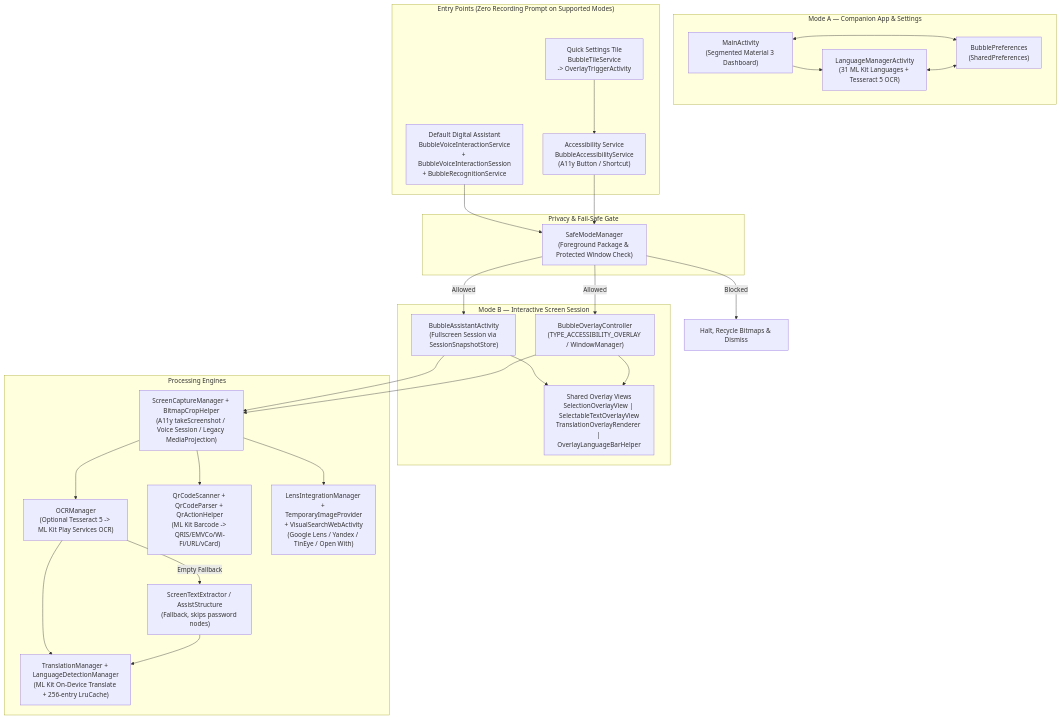
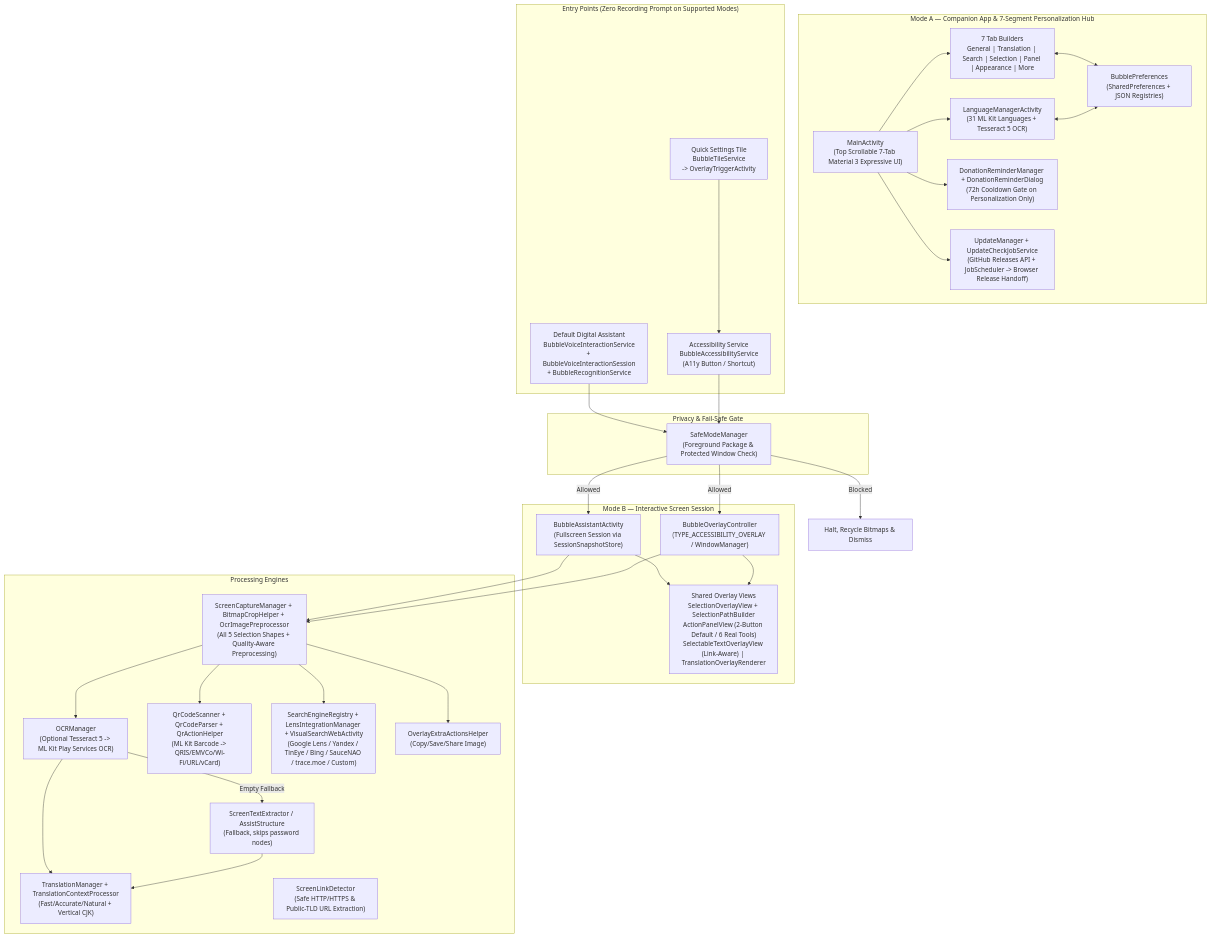
Before and after one commit to AprionoN-Officials/Bubble-Android: the first of 2 diagrams in docs/architecture.md, drawn with Mermaid. The commit also changed other lines of this file and 46 other files, not shown here.

````diff
--- a/docs/architecture.md
+++ b/docs/architecture.md
@@ -11,54 +11,63 @@
 ```mermaid
 flowchart TD
-    subgraph ModeA["Mode A — Companion App & Settings"]
-        MA["MainActivity\n(Segmented Material 3 Dashboard)"]
+    subgraph ModeA["Mode A — Companion App & 7-Segment Personalization Hub"]
+        MA["MainActivity\n(Top Scrollable 7-Tab Material 3 Expressive UI)"]
+        TABS["7 Tab Builders\nGeneral | Translation | Search | Selection | Panel | Appearance | More"]
         LM["LanguageManagerActivity\n(31 ML Kit Languages + Tesseract 5 OCR)"]
-        PREFS["BubblePreferences\n(SharedPreferences)"]
+        DON["DonationReminderManager + DonationReminderDialog\n(72h Cooldown Gate on Personalization Only)"]
+        UPD["UpdateManager + UpdateCheckJobService\n(GitHub Releases API + JobScheduler -> Browser Release Handoff)"]
+        PREFS["BubblePreferences\n(SharedPreferences + JSON Registries)"]
+        MA --> TABS
         MA --> LM
-        MA <--> PREFS
+        MA --> DON
+        MA --> UPD
+        TABS <--> PREFS
         LM <--> PREFS
     end
 
     subgraph Triggers["Entry Points (Zero Recording Prompt on Supported Modes)"]
         DA["Default Digital Assistant\nBubbleVoiceInteractionService\n+ BubbleVoiceInteractionSession\n+ BubbleRecognitionService"]
         AS["Accessibility Service\nBubbleAccessibilityService\n(A11y Button / Shortcut)"]
         QS["Quick Settings Tile\nBubbleTileService\n-> OverlayTriggerActivity"]
         QS --> AS
     end
 
     subgraph Security["Privacy & Fail-Safe Gate"]
         SM["SafeModeManager\n(Foreground Package & Protected Window Check)"]
     end
 
     subgraph ModeB["Mode B — Interactive Screen Session"]
         BAA["BubbleAssistantActivity\n(Fullscreen Session via SessionSnapshotStore)"]
         BOC["BubbleOverlayController\n(TYPE_ACCESSIBILITY_OVERLAY / WindowManager)"]
-        UI["Shared Overlay Views\nSelectionOverlayView | SelectableTextOverlayView\nTranslationOverlayRenderer | OverlayLanguageBarHelper"]
+        UI["Shared Overlay Views\nSelectionOverlayView + SelectionPathBuilder\nActionPanelView (2-Button Default / 6 Real Tools)\nSelectableTextOverlayView (Link-Aware) | TranslationOverlayRenderer"]
         BAA --> UI
         BOC --> UI
     end
 
     subgraph Engines["Processing Engines"]
-        CAP["ScreenCaptureManager + BitmapCropHelper\n(A11y takeScreenshot / Voice Session / Legacy MediaProjection)"]
+        CAP["ScreenCaptureManager + BitmapCropHelper + OcrImagePreprocessor\n(All 5 Selection Shapes + Quality-Aware Preprocessing)"]
         OCR["OCRManager\n(Optional Tesseract 5 -> ML Kit Play Services OCR)"]
         A11Y["ScreenTextExtractor / AssistStructure\n(Fallback, skips password nodes)"]
-        TR["TranslationManager + LanguageDetectionManager\n(ML Kit On-Device Translate + 256-entry LruCache)"]
+        TR["TranslationManager + TranslationContextProcessor\n(Fast/Accurate/Natural + Vertical CJK)"]
         QR["QrCodeScanner + QrCodeParser + QrActionHelper\n(ML Kit Barcode -> QRIS/EMVCo/Wi-Fi/URL/vCard)"]
-        VS["LensIntegrationManager + TemporaryImageProvider\n+ VisualSearchWebActivity\n(Google Lens / Yandex / TinEye / Open With)"]
+        LNK["ScreenLinkDetector\n(Safe HTTP/HTTPS & Public-TLD URL Extraction)"]
+        VS["SearchEngineRegistry + LensIntegrationManager + VisualSearchWebActivity\n(Google Lens / Yandex / TinEye / Bing / SauceNAO / trace.moe / Custom)"]
+        EXT["OverlayExtraActionsHelper\n(Copy/Save/Share Image)"]
     end
 
     DA --> SM
     AS --> SM
     SM -->|Allowed| BAA
     SM -->|Allowed| BOC
     SM -->|Blocked| STOP["Halt, Recycle Bitmaps & Dismiss"]
 
     BAA --> CAP
     BOC --> CAP
     CAP --> OCR
     OCR -->|Empty Fallback| A11Y
     OCR --> TR
     A11Y --> TR
     CAP --> QR
     CAP --> VS
+    CAP --> EXT
 ```
````
